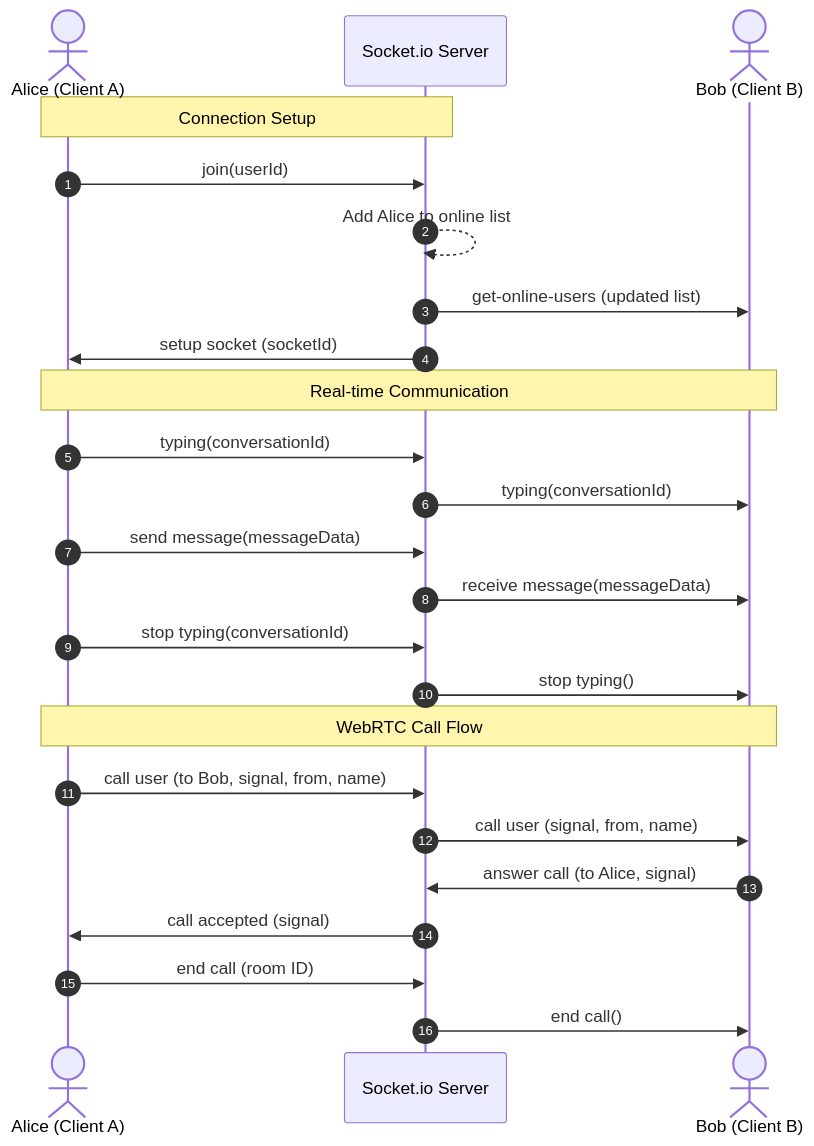
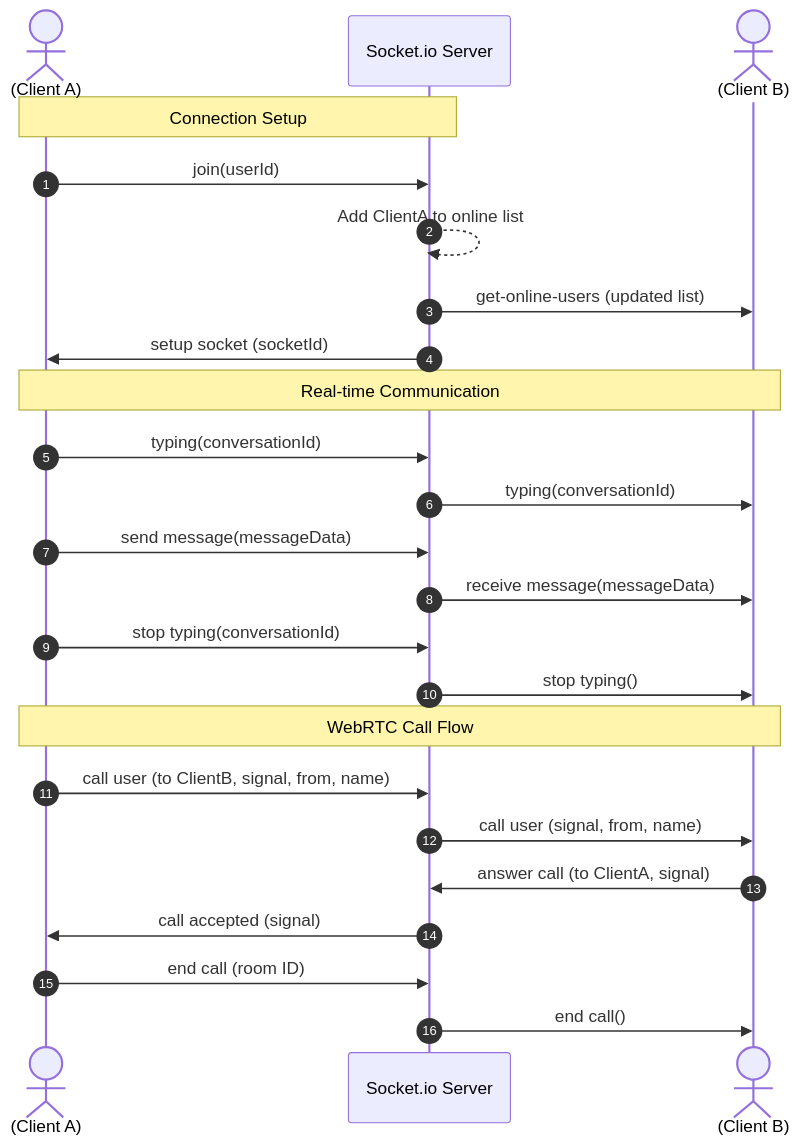
The second of 3 diagrams in README.md (MazenMohammed534/whatsapp-clone-backend), drawn with Mermaid before and after one commit.

````diff
--- a/README.md
+++ b/README.md
@@ -55,32 +55,32 @@
 ```mermaid
 sequenceDiagram
     autonumber
-    actor Alice as Alice (Client A)
+    actor ClientA as (Client A)
     participant Server as Socket.io Server
-    actor Bob as Bob (Client B)
+    actor ClientB as (Client B)
     
-    Note over Alice, Server: Connection Setup
-    Alice->>Server: join(userId)
-    Server-->>Server: Add Alice to online list
-    Server->>Bob: get-online-users (updated list)
-    Server->>Alice: setup socket (socketId)
+    Note over ClientA, Server: Connection Setup
+    ClientA->>Server: join(userId)
+    Server-->>Server: Add ClientA to online list
+    Server->>ClientB: get-online-users (updated list)
+    Server->>ClientA: setup socket (socketId)
 
-    Note over Alice, Bob: Real-time Communication
-    Alice->>Server: typing(conversationId)
-    Server->>Bob: typing(conversationId)
+    Note over ClientA, ClientB: Real-time Communication
+    ClientA->>Server: typing(conversationId)
+    Server->>ClientB: typing(conversationId)
     
-    Alice->>Server: send message(messageData)
-    Server->>Bob: receive message(messageData)
+    ClientA->>Server: send message(messageData)
+    Server->>ClientB: receive message(messageData)
     
-    Alice->>Server: stop typing(conversationId)
-    Server->>Bob: stop typing()
+    ClientA->>Server: stop typing(conversationId)
+    Server->>ClientB: stop typing()
 
-    Note over Alice, Bob: WebRTC Call Flow
-    Alice->>Server: call user (to Bob, signal, from, name)
-    Server->>Bob: call user (signal, from, name)
-    Bob->>Server: answer call (to Alice, signal)
-    Server->>Alice: call accepted (signal)
+    Note over ClientA, ClientB: WebRTC Call Flow
+    ClientA->>Server: call user (to ClientB, signal, from, name)
+    Server->>ClientB: call user (signal, from, name)
+    ClientB->>Server: answer call (to ClientA, signal)
+    Server->>ClientA: call accepted (signal)
     
-    Alice->>Server: end call (room ID)
-    Server->>Bob: end call()
+    ClientA->>Server: end call (room ID)
+    Server->>ClientB: end call()
 ```
````
